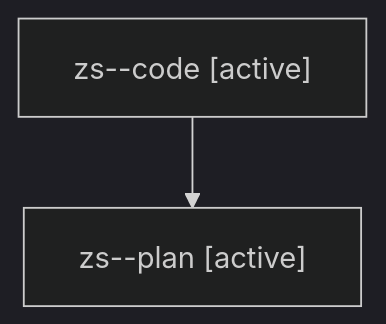
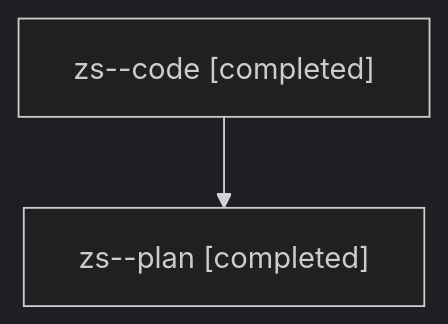
One commit to sase-org/sase--agents changed the diagram in families/bbugyi200.athena.zs.md. Above: the diagram before and after it, drawn with Mermaid (dark theme). The commit also changed other lines of this file and 77 other files, not shown here.

````diff
--- a/families/bbugyi200.athena.zs.md
+++ b/families/bbugyi200.athena.zs.md
@@ -9,6 +9,6 @@
 ```mermaid
 flowchart TD
-  n0["zs--code [active]"]
-  n1["zs--plan [active]"]
+  n0["zs--code [completed]"]
+  n1["zs--plan [completed]"]
   n0 --> n1
 ```
````
